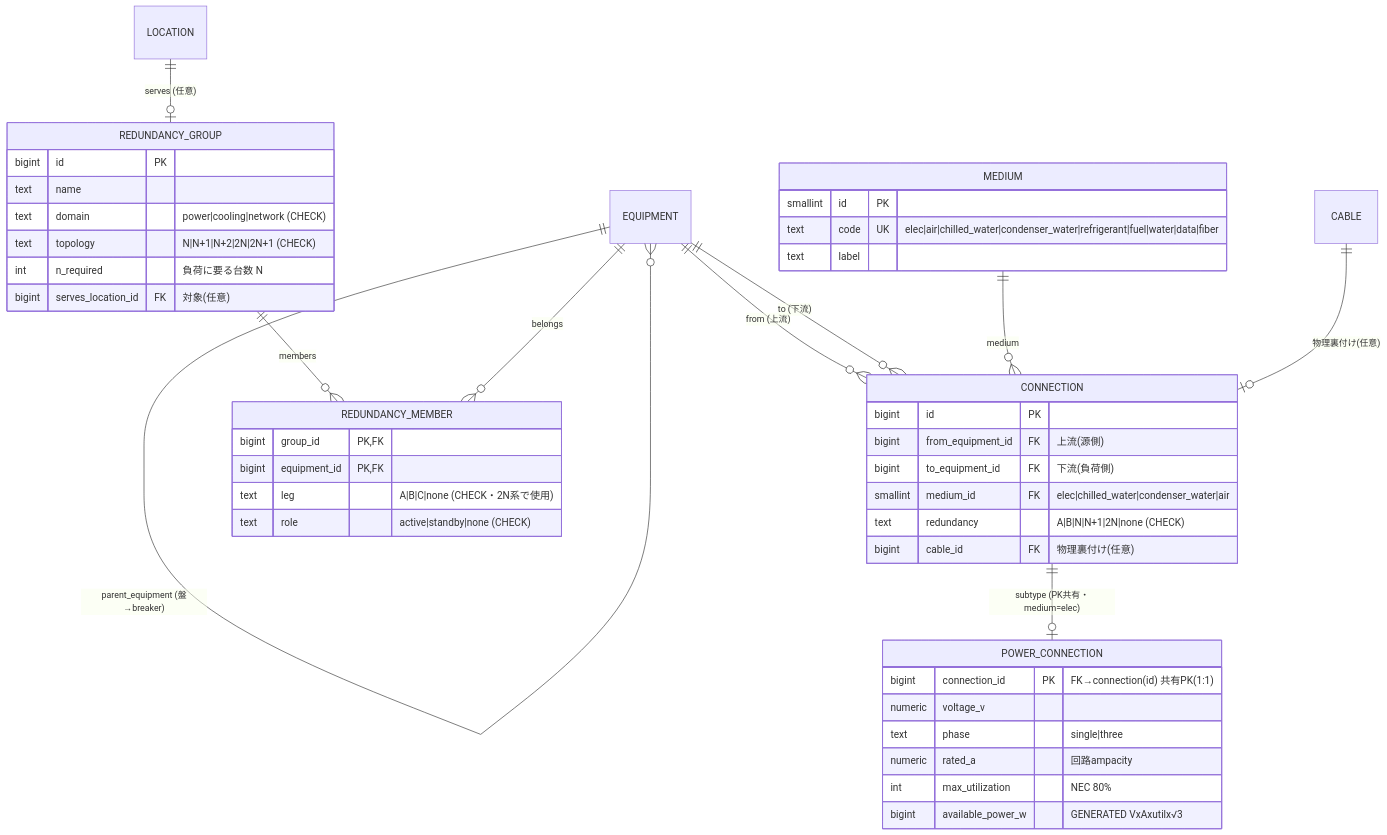
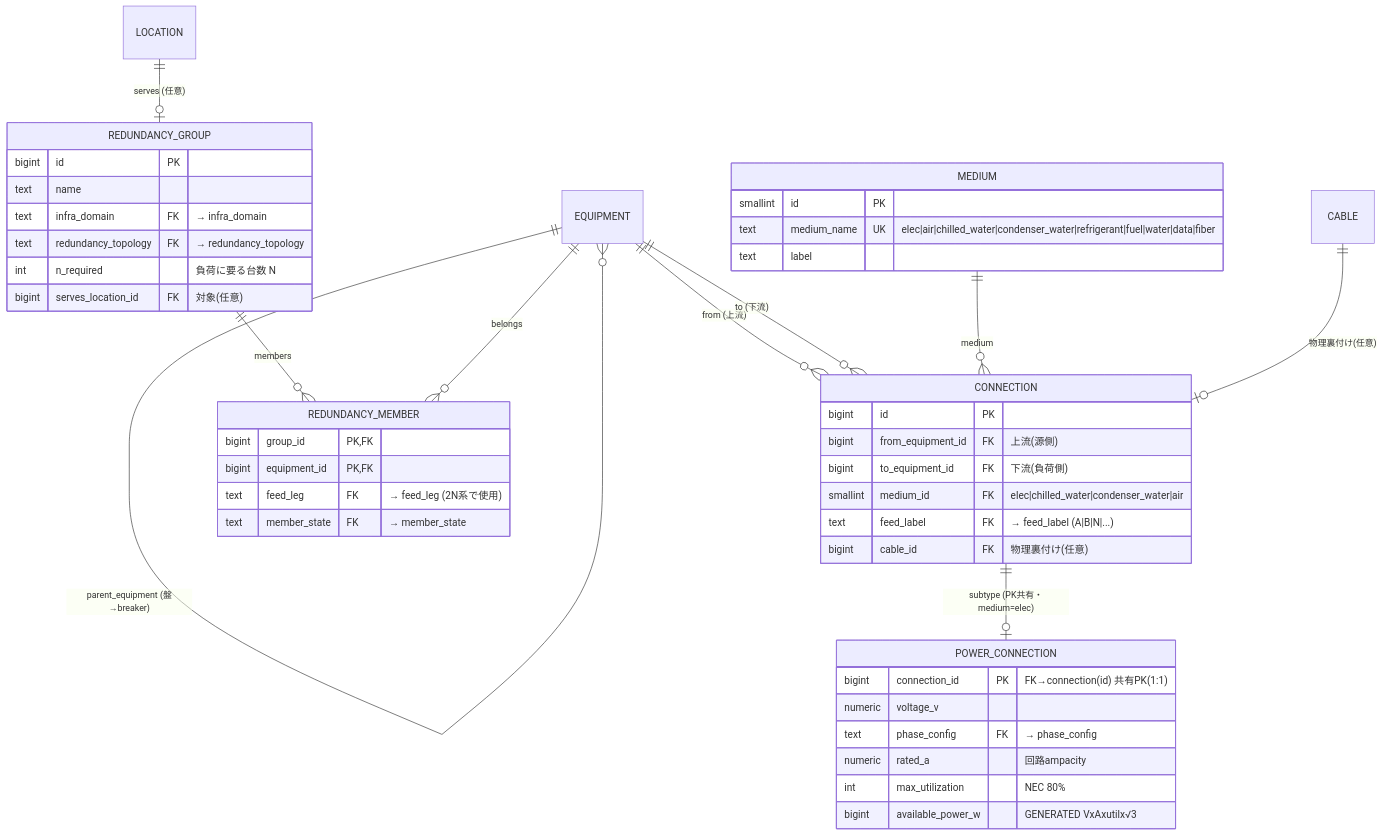
Before and after one commit to hn-11/dcim-schema-design: the seventh of 11 diagrams in 03-finalists.md, drawn with Mermaid. The commit also changed other lines of this file and 8 other files, not shown here.

First line of the commit message:
refactor(schema): 論理グルーピング追加 + 型制約全面改訂 + 構造リファクタ

````diff
--- a/03-finalists.md
+++ b/03-finalists.md
@@ -429,48 +454,48 @@
 ```mermaid
 erDiagram
     EQUIPMENT ||--o{ CONNECTION : "from (上流)"
     EQUIPMENT ||--o{ CONNECTION : "to (下流)"
     MEDIUM ||--o{ CONNECTION : medium
     CONNECTION ||--o| POWER_CONNECTION : "subtype (PK共有・medium=elec)"
     CABLE ||--o| CONNECTION : "物理裏付け(任意)"
     EQUIPMENT ||--o{ EQUIPMENT : "parent_equipment (盤→breaker)"
     REDUNDANCY_GROUP ||--o{ REDUNDANCY_MEMBER : members
     EQUIPMENT ||--o{ REDUNDANCY_MEMBER : belongs
     LOCATION ||--o| REDUNDANCY_GROUP : "serves (任意)"
 
     MEDIUM {
         smallint id PK
-        text code UK "elec|air|chilled_water|condenser_water|refrigerant|fuel|water|data|fiber"
+        text medium_name UK "elec|air|chilled_water|condenser_water|refrigerant|fuel|water|data|fiber"
         text label
     }
     CONNECTION {
         bigint id PK
         bigint from_equipment_id FK "上流(源側)"
         bigint to_equipment_id FK "下流(負荷側)"
         smallint medium_id FK "elec|chilled_water|condenser_water|air"
-        text redundancy "A|B|N|N+1|2N|none (CHECK)"
+        text feed_label FK "→ feed_label (A|B|N|...)"
         bigint cable_id FK "物理裏付け(任意)"
     }
     POWER_CONNECTION {
         bigint connection_id PK "FK→connection(id) 共有PK(1:1)"
         numeric voltage_v
-        text phase "single|three"
+        text phase_config FK "→ phase_config"
         numeric rated_a "回路ampacity"
         int max_utilization "NEC 80%"
         bigint available_power_w "GENERATED VxAxutilx√3"
     }
     REDUNDANCY_GROUP {
         bigint id PK
         text name
-        text domain "power|cooling|network (CHECK)"
-        text topology "N|N+1|N+2|2N|2N+1 (CHECK)"
+        text infra_domain FK "→ infra_domain"
+        text redundancy_topology FK "→ redundancy_topology"
         int n_required "負荷に要る台数 N"
         bigint serves_location_id FK "対象(任意)"
     }
     REDUNDANCY_MEMBER {
         bigint group_id PK,FK
         bigint equipment_id PK,FK
-        text leg "A|B|C|none (CHECK・2N系で使用)"
-        text role "active|standby|none (CHECK)"
+        text feed_leg FK "→ feed_leg (2N系で使用)"
+        text member_state FK "→ member_state"
     }
 ```
````
